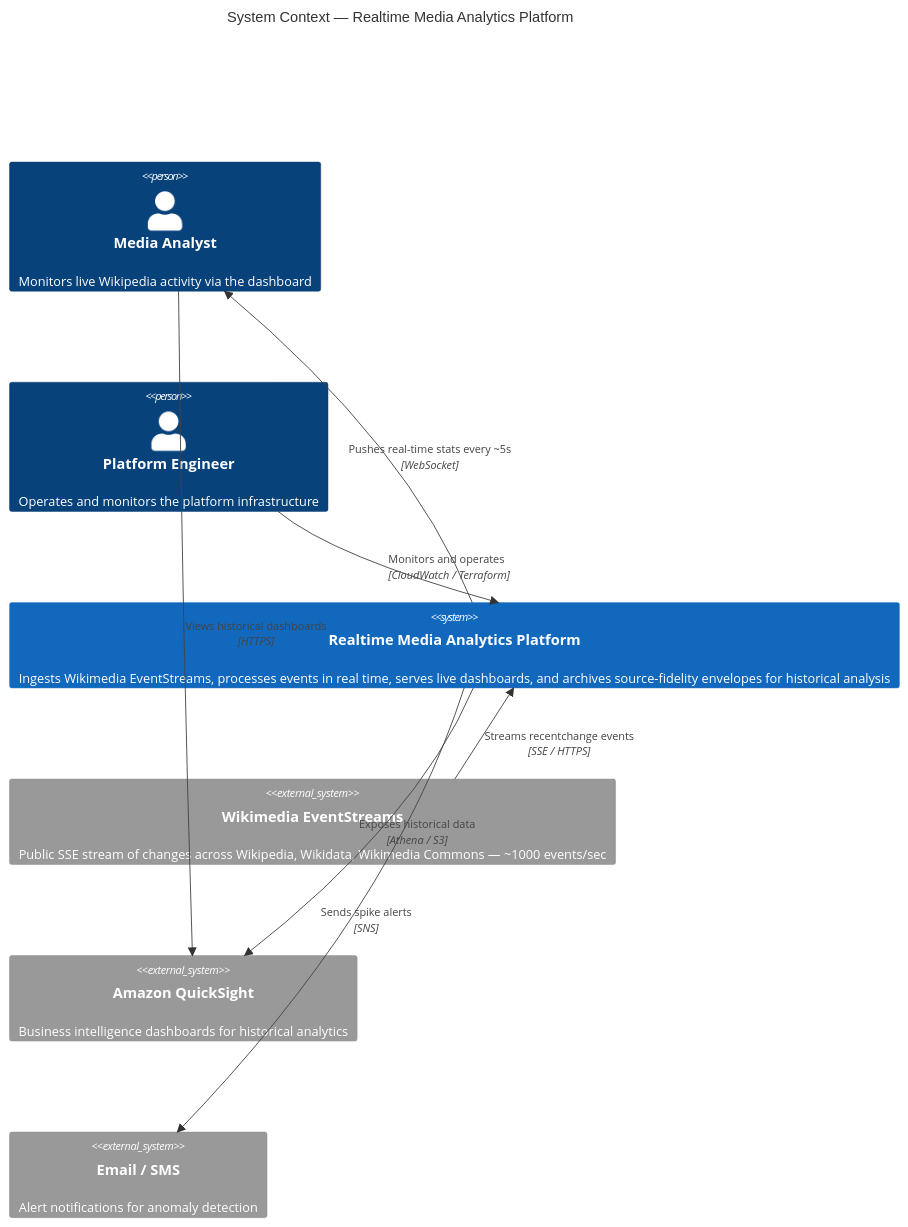
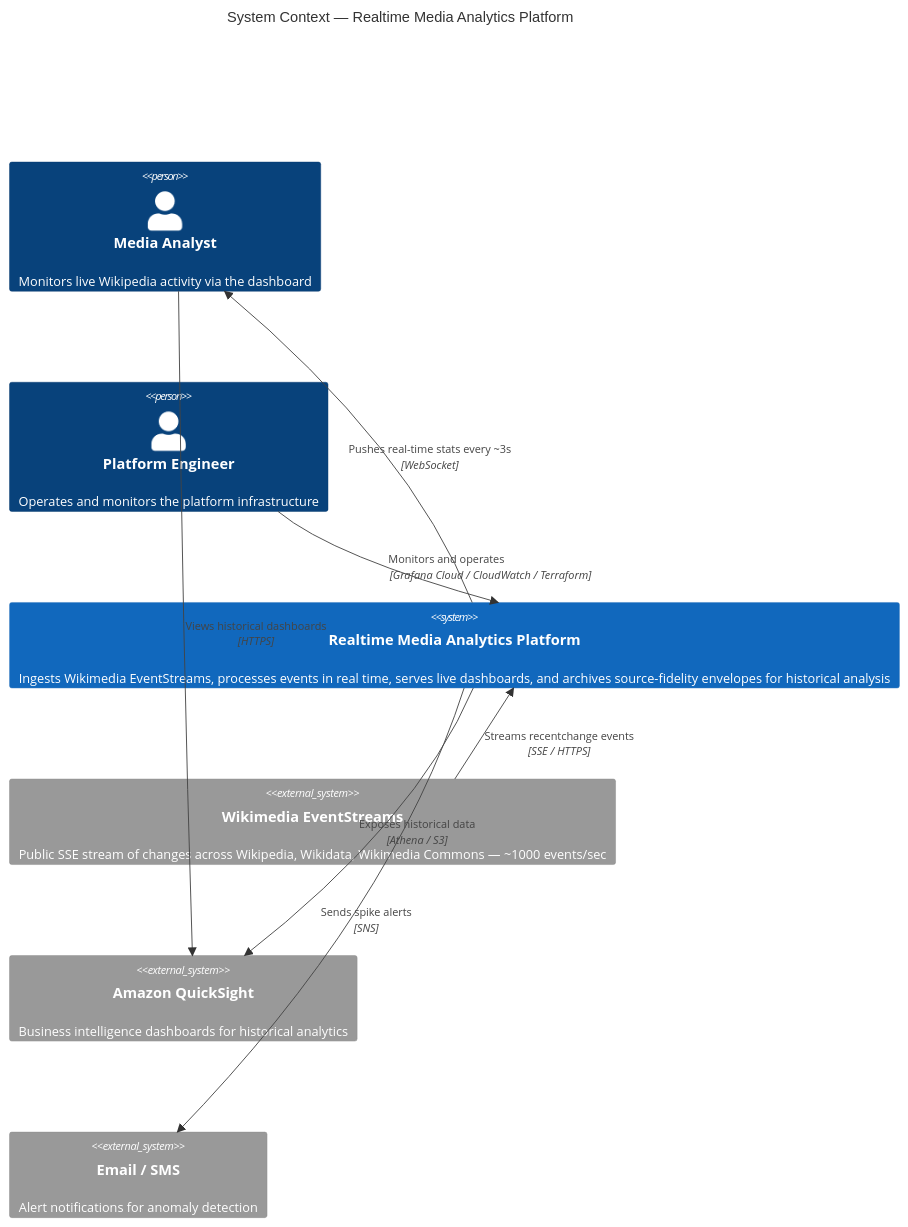
Before and after one commit to TalelKarim/realtime-media-analytics-platform: the first of 2 diagrams in documentation/c4-diagrams.md, drawn with Mermaid. The commit also changed other lines of this file and 5 other files, not shown here.

````diff
--- a/documentation/c4-diagrams.md
+++ b/documentation/c4-diagrams.md
@@ -9,20 +9,20 @@
 ```mermaid
 C4Context
   title System Context — Realtime Media Analytics Platform
 
   Person(analyst, "Media Analyst", "Monitors live Wikipedia activity via the dashboard")
   Person(ops, "Platform Engineer", "Operates and monitors the platform infrastructure")
 
   System(platform, "Realtime Media Analytics Platform", "Ingests Wikimedia EventStreams, processes events in real time, serves live dashboards, and archives source-fidelity envelopes for historical analysis")
 
   System_Ext(wikimedia, "Wikimedia EventStreams", "Public SSE stream of changes across Wikipedia, Wikidata, Wikimedia Commons — ~1000 events/sec")
   System_Ext(quicksight, "Amazon QuickSight", "Business intelligence dashboards for historical analytics")
   System_Ext(sns_email, "Email / SMS", "Alert notifications for anomaly detection")
 
   Rel(wikimedia, platform, "Streams recentchange events", "SSE / HTTPS")
-  Rel(platform, analyst, "Pushes real-time stats every ~5s", "WebSocket")
+  Rel(platform, analyst, "Pushes real-time stats every ~3s", "WebSocket")
   Rel(platform, quicksight, "Exposes historical data", "Athena / S3")
   Rel(platform, sns_email, "Sends spike alerts", "SNS")
-  Rel(ops, platform, "Monitors and operates", "CloudWatch / Terraform")
+  Rel(ops, platform, "Monitors and operates", "Grafana Cloud / CloudWatch / Terraform")
   Rel(analyst, quicksight, "Views historical dashboards", "HTTPS")
 ```
````
